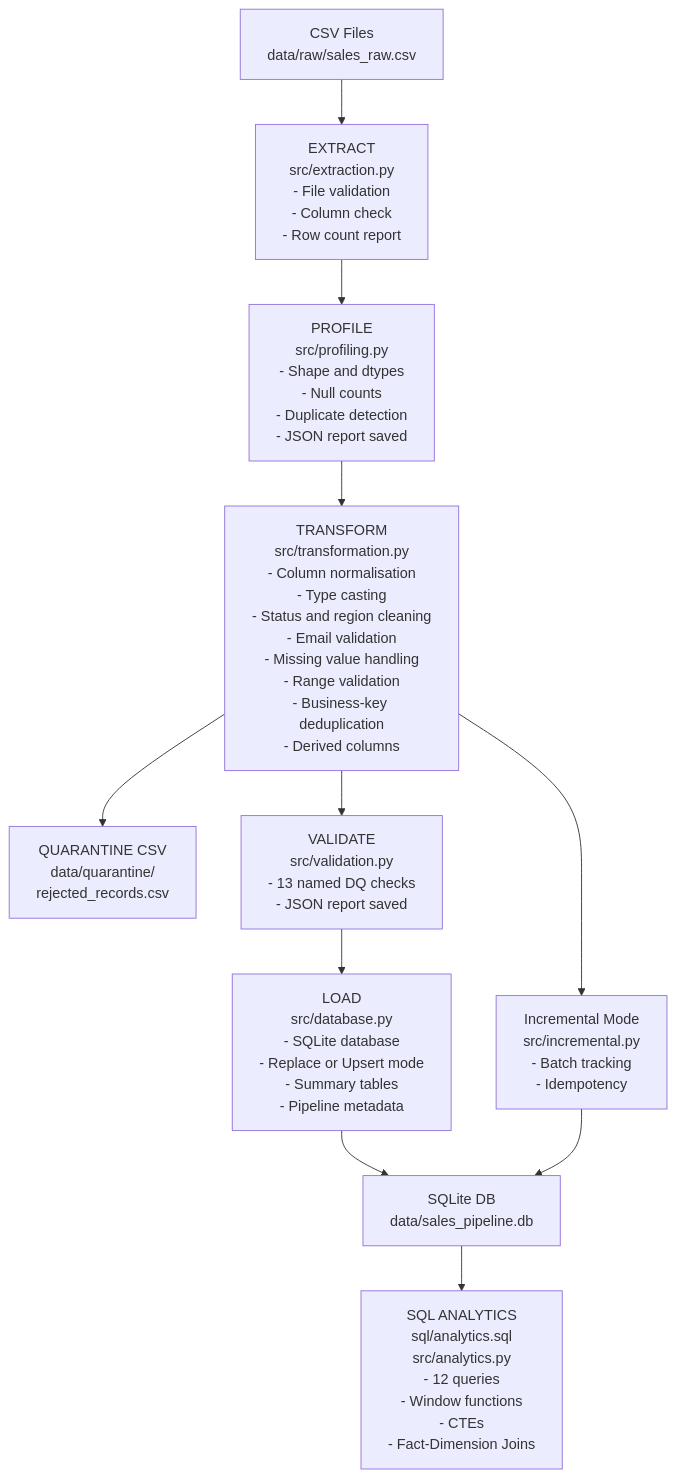
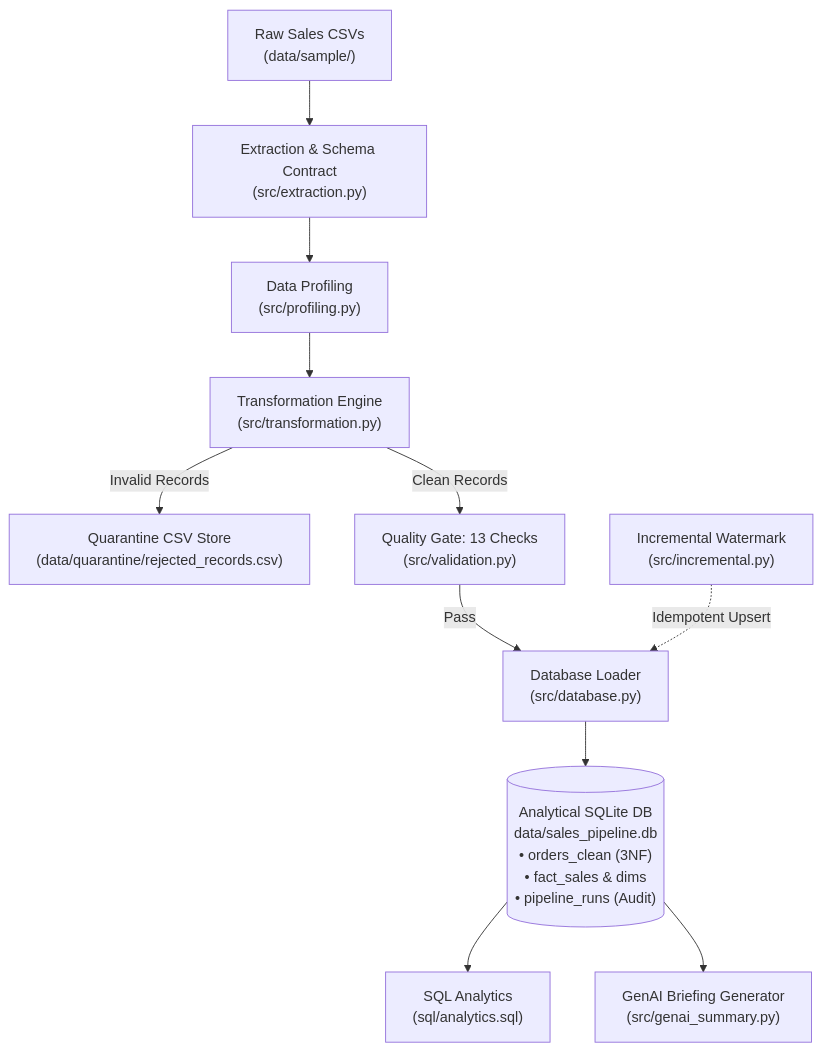
The diagram in README.md (BALANJANEYULU-799/sales-data-engineering-pipeline), drawn with Mermaid before and after one commit. The commit also changed other lines of this file and 5 other files, not shown here.

````diff
--- a/README.md
+++ b/README.md
@@ -34,13 +41,13 @@
 ```mermaid
 flowchart TD
-    A["CSV Files\ndata/raw/sales_raw.csv"] --> B["EXTRACT\nsrc/extraction.py\n- File validation\n- Column check\n- Row count report"]
-    B --> C["PROFILE\nsrc/profiling.py\n- Shape and dtypes\n- Null counts\n- Duplicate detection\n- JSON report saved"]
-    C --> D["TRANSFORM\nsrc/transformation.py\n- Column normalisation\n- Type casting\n- Status and region cleaning\n- Email validation\n- Missing value handling\n- Range validation\n- Business-key deduplication\n- Derived columns"]
-    D --> E["QUARANTINE CSV\ndata/quarantine/\nrejected_records.csv"]
-    D --> F["VALIDATE\nsrc/validation.py\n- 13 named DQ checks\n- JSON report saved"]
-    F --> G["LOAD\nsrc/database.py\n- SQLite database\n- Replace or Upsert mode\n- Summary tables\n- Pipeline metadata"]
-    G --> H["SQLite DB\ndata/sales_pipeline.db"]
-    H --> I["SQL ANALYTICS\nsql/analytics.sql\nsrc/analytics.py\n- 12 queries\n- Window functions\n- CTEs\n- Fact-Dimension Joins"]
-    D --> J["Incremental Mode\nsrc/incremental.py\n- Batch tracking\n- Idempotency"]
-    J --> H
+    A["Raw Sales CSVs\n(data/sample/)"] --> B["Extraction & Schema Contract\n(src/extraction.py)"]
+    B --> C["Data Profiling\n(src/profiling.py)"]
+    C --> D["Transformation Engine\n(src/transformation.py)"]
+    D -->|Invalid Records| E["Quarantine CSV Store\n(data/quarantine/rejected_records.csv)"]
+    D -->|Clean Records| F["Quality Gate: 13 Checks\n(src/validation.py)"]
+    F -->|Pass| G["Database Loader\n(src/database.py)"]
+    H["Incremental Watermark\n(src/incremental.py)"] -.->|Idempotent Upsert| G
+    G --> I[("Analytical SQLite DB\ndata/sales_pipeline.db\n• orders_clean (3NF)\n• fact_sales & dims\n• pipeline_runs (Audit)")]
+    I --> J["SQL Analytics\n(sql/analytics.sql)"]
+    I --> K["GenAI Briefing Generator\n(src/genai_summary.py)"]
 ```
````
